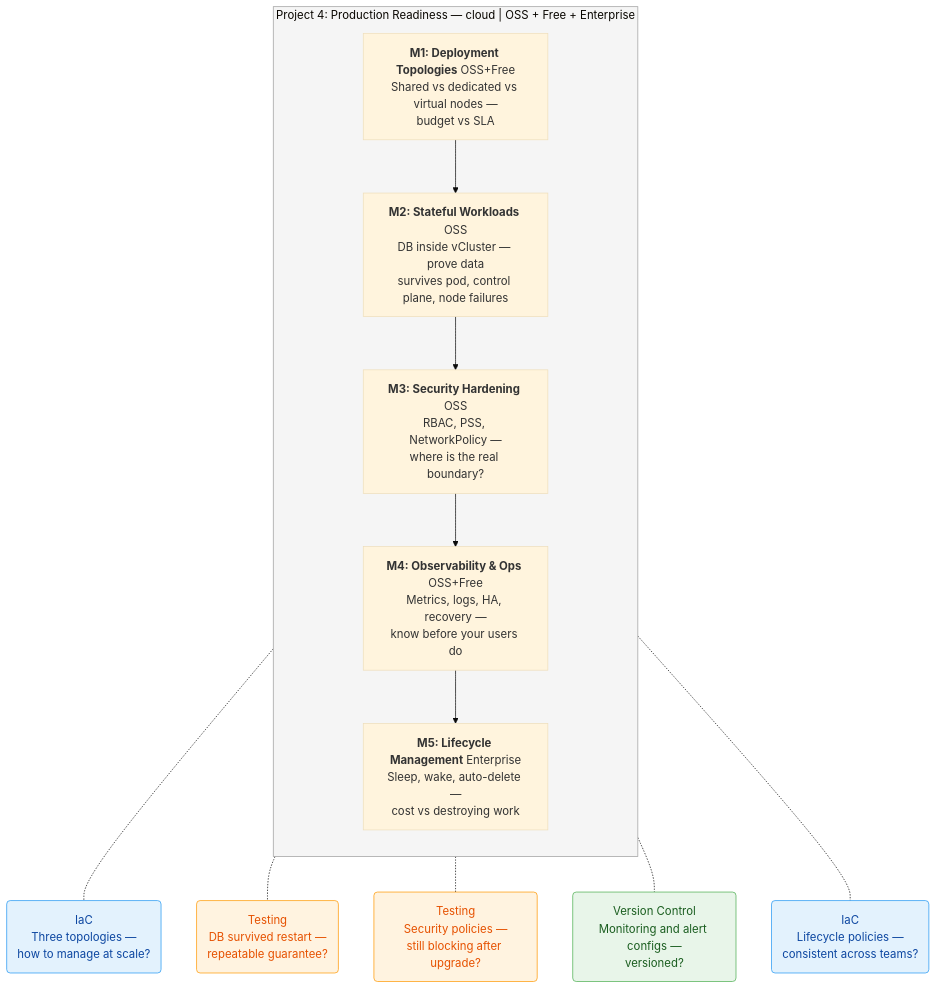
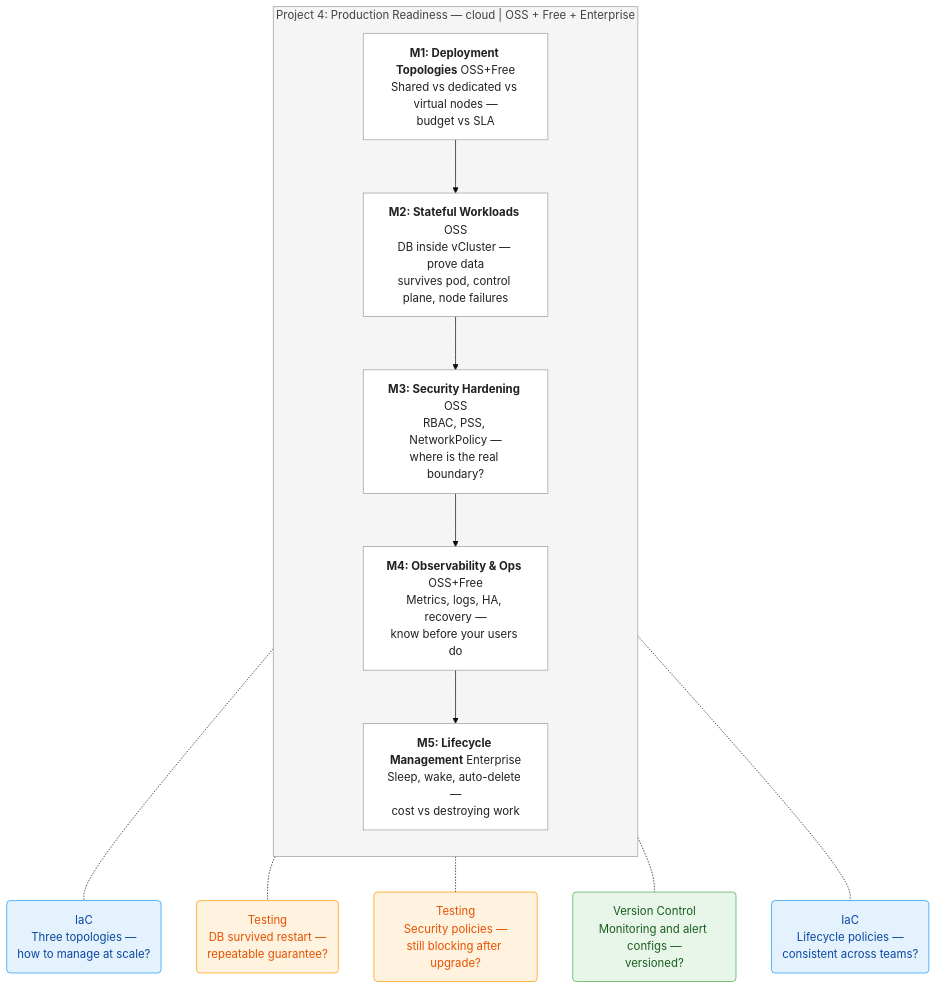
Before and after one commit to andrew-brooks-GA/vcluster_learning: the sixth of 7 diagrams in roadmap.md, drawn with Mermaid (base theme). The commit also changed other lines of this file and 1 other file, not shown here.

Commit message:
Add README and fix Mermaid diagram text readability

````diff
--- a/roadmap.md
+++ b/roadmap.md
@@ -174,31 +209,37 @@
 ```mermaid
 flowchart TD
     subgraph p4["Project 4: Production Readiness — cloud | OSS + Free + Enterprise"]
         direction TB
 
         M1["<b>M1: Deployment Topologies</b> OSS+Free\nShared vs dedicated vs virtual nodes —\nbudget vs SLA"]
         M2["<b>M2: Stateful Workloads</b> OSS\nDB inside vCluster — prove data\nsurvives pod, control plane, node failures"]
         M3["<b>M3: Security Hardening</b> OSS\nRBAC, PSS, NetworkPolicy —\nwhere is the real boundary?"]
         M4["<b>M4: Observability & Ops</b> OSS+Free\nMetrics, logs, HA, recovery —\nknow before your users do"]
         M5["<b>M5: Lifecycle Management</b> Enterprise\nSleep, wake, auto-delete —\ncost vs destroying work"]
 
         M1 --> M2 --> M3 --> M4 --> M5
     end
 
     IAC1("IaC\nThree topologies —\nhow to manage at scale?"):::iac
     T1("Testing\nDB survived restart —\nrepeatable guarantee?"):::test
     T2("Testing\nSecurity policies —\nstill blocking after upgrade?"):::test
     VC1("Version Control\nMonitoring and alert configs —\nversioned?"):::vc
     IAC2("IaC\nLifecycle policies —\nconsistent across teams?"):::iac
 
     M1 -.- IAC1
     M2 -.- T1
     M3 -.- T2
     M4 -.- VC1
     M5 -.- IAC2
 
+    classDef ms fill:#ffffff,stroke:#9e9e9e,color:#212121
     classDef vc fill:#e8f5e9,stroke:#4caf50,color:#1b5e20
     classDef iac fill:#e3f2fd,stroke:#2196f3,color:#0d47a1
     classDef test fill:#fff3e0,stroke:#ff9800,color:#e65100
-    style p4 fill:#f5f5f5,stroke:#9e9e9e
+    M1:::ms
+    M2:::ms
+    M3:::ms
+    M4:::ms
+    M5:::ms
+    style p4 fill:#f5f5f5,stroke:#9e9e9e,color:#424242
 ```
````
